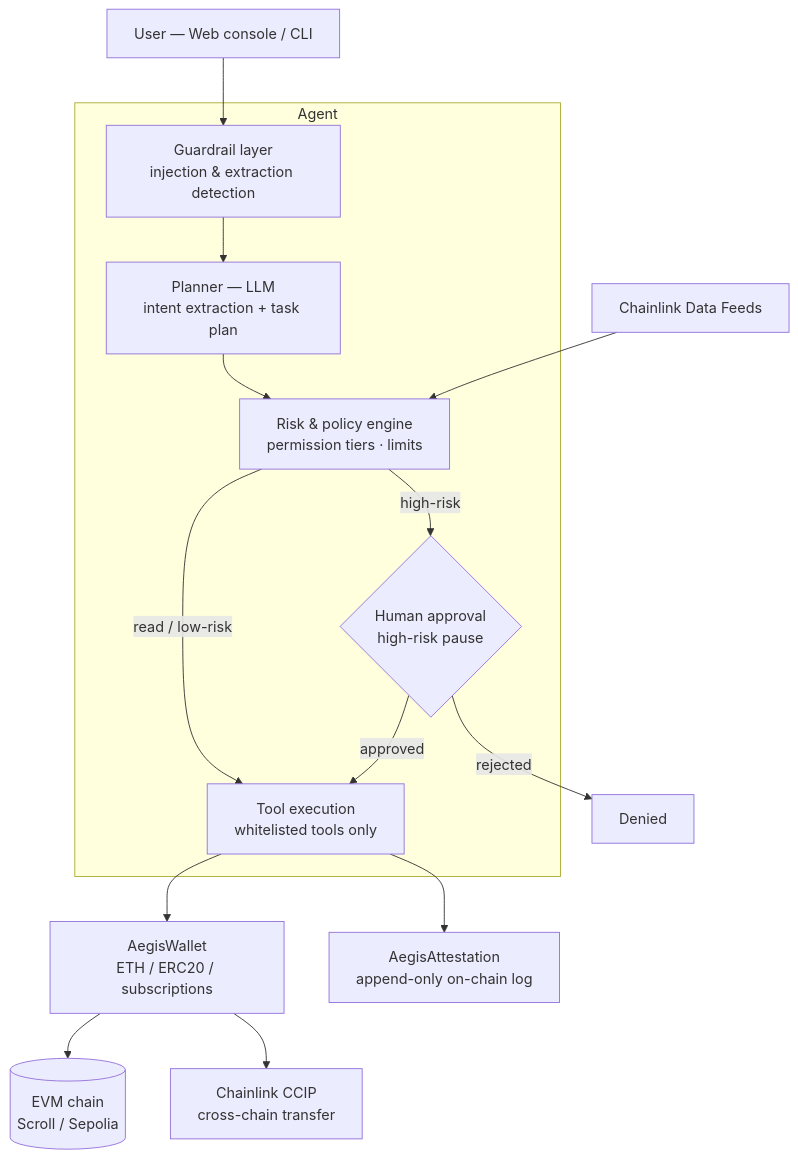
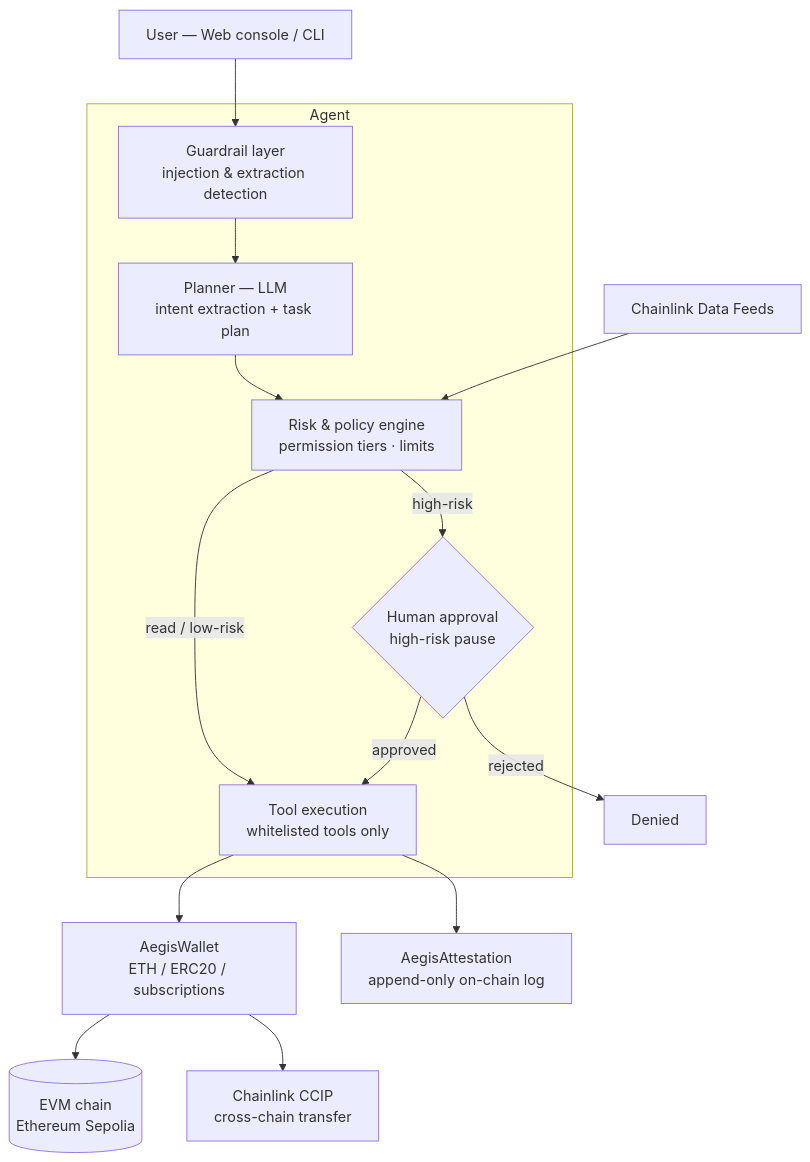
The first of 2 diagrams in docs/ARCHITECTURE.md (0xChainAegis/aegis-agent), drawn with Mermaid before and after one commit. The commit also changed 3 other files, not shown here.

Commit message:
feat: Chainlink feed wiring script, target Ethereum Sepolia (Scroll CCIP inactive)

````diff
--- a/docs/ARCHITECTURE.md
+++ b/docs/ARCHITECTURE.md
@@ -9,21 +9,21 @@
 ```mermaid
 flowchart TD
     U[User — Web console / CLI] --> G
     subgraph Agent
         G[Guardrail layer<br/>injection & extraction detection]
         P[Planner — LLM<br/>intent extraction + task plan]
         R[Risk & policy engine<br/>permission tiers · limits]
         H{Human approval<br/>high-risk pause}
         T[Tool execution<br/>whitelisted tools only]
     end
     G --> P --> R
     R -->|read / low-risk| T
     R -->|high-risk| H
     H -->|approved| T
     H -->|rejected| D[Denied]
     T --> W[AegisWallet<br/>ETH / ERC20 / subscriptions]
-    W --> C[(EVM chain<br/>Scroll / Sepolia)]
+    W --> C[(EVM chain<br/>Ethereum Sepolia)]
     T --> A[AegisAttestation<br/>append-only on-chain log]
     W --> X[Chainlink CCIP<br/>cross-chain transfer]
     O[Chainlink Data Feeds] --> R
 ```
````
